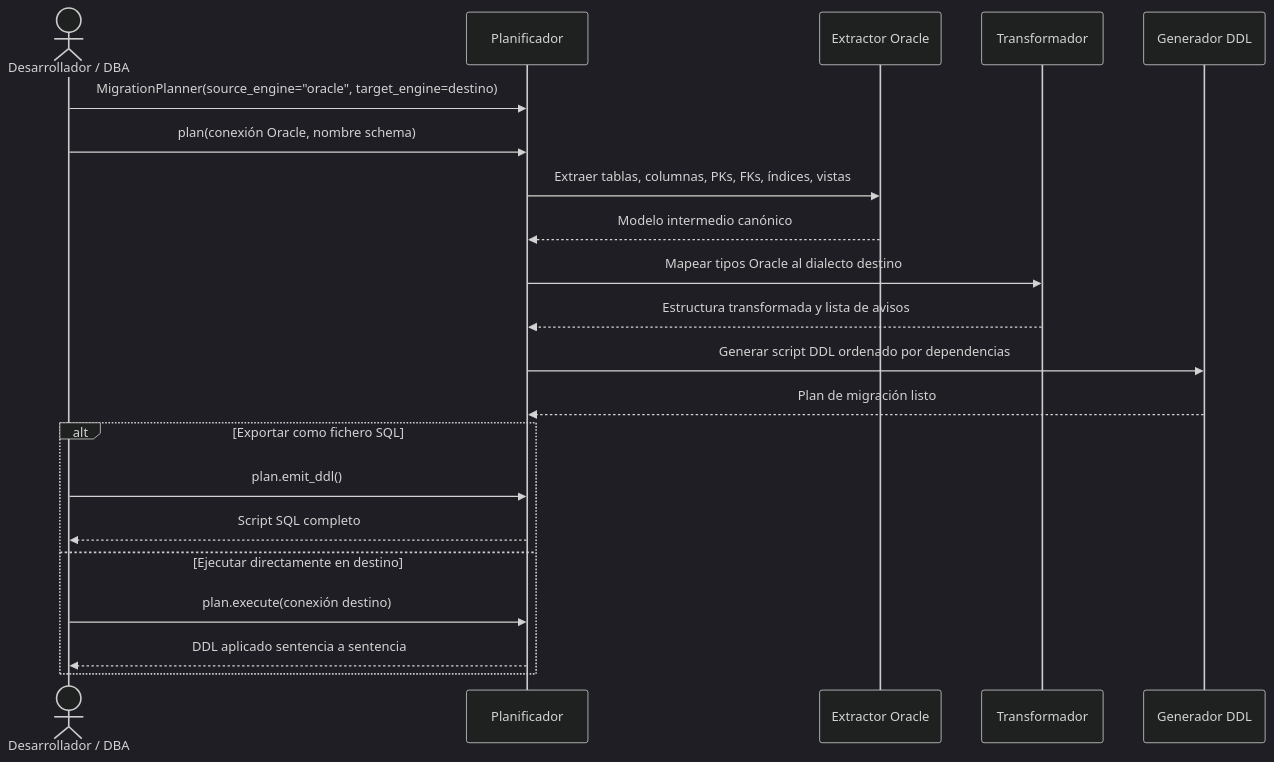
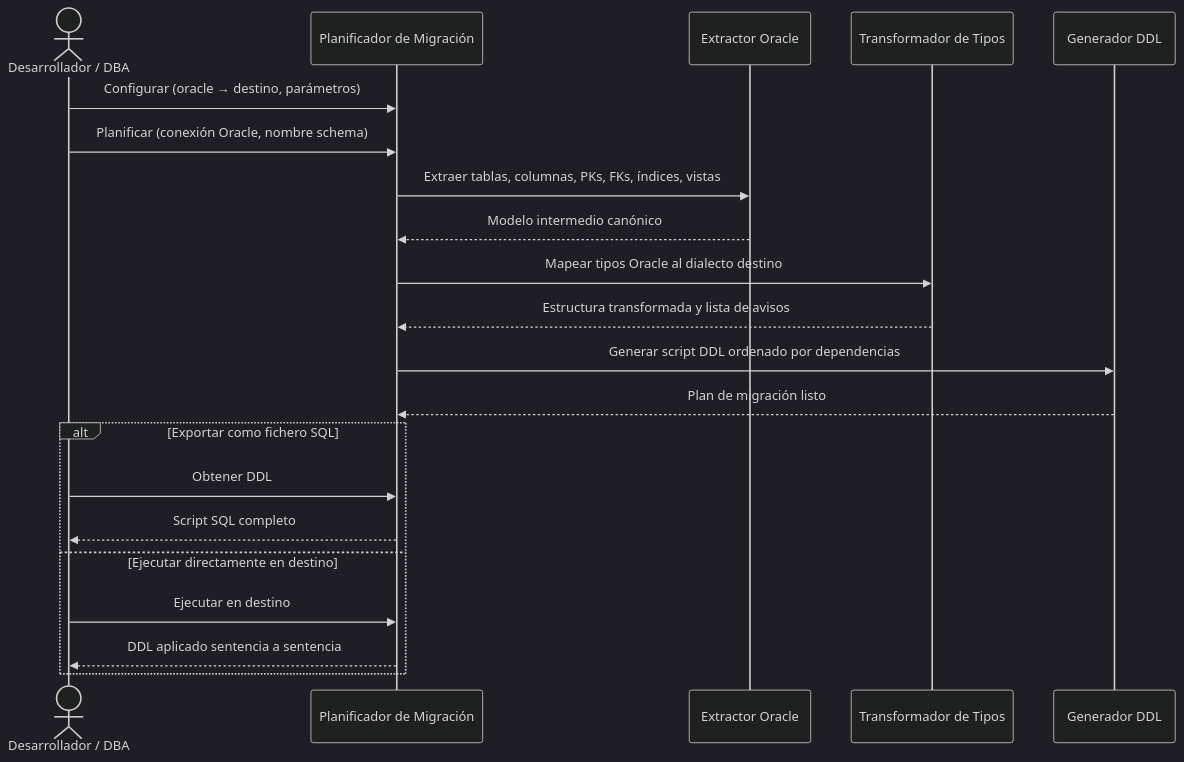
Before and after one commit to fmanza/util_bbdd: the diagram in docs/functional/migrate-oracle-mariadb.md, drawn with Mermaid (dark theme). The commit also changed other lines of this file and 117 other files, not shown here.

````diff
--- a/docs/functional/migrate-oracle-mariadb.md
+++ b/docs/functional/migrate-oracle-mariadb.md
@@ -32,25 +31,25 @@
 ```mermaid
 sequenceDiagram
     actor Dev as Desarrollador / DBA
-    participant Plan as Planificador
+    participant Plan as Planificador de Migración
     participant Ext as Extractor Oracle
-    participant Tra as Transformador
+    participant Tra as Transformador de Tipos
     participant Emi as Generador DDL
 
-    Dev->>Plan: MigrationPlanner(source_engine="oracle", target_engine=destino)
-    Dev->>Plan: plan(conexión Oracle, nombre schema)
+    Dev->>Plan: Configurar (oracle → destino, parámetros)
+    Dev->>Plan: Planificar (conexión Oracle, nombre schema)
     Plan->>Ext: Extraer tablas, columnas, PKs, FKs, índices, vistas
     Ext-->>Plan: Modelo intermedio canónico
     Plan->>Tra: Mapear tipos Oracle al dialecto destino
     Tra-->>Plan: Estructura transformada y lista de avisos
     Plan->>Emi: Generar script DDL ordenado por dependencias
     Emi-->>Plan: Plan de migración listo
 
     alt Exportar como fichero SQL
-        Dev->>Plan: plan.emit_ddl()
+        Dev->>Plan: Obtener DDL
         Plan-->>Dev: Script SQL completo
     else Ejecutar directamente en destino
-        Dev->>Plan: plan.execute(conexión destino)
+        Dev->>Plan: Ejecutar en destino
         Plan-->>Dev: DDL aplicado sentencia a sentencia
     end
 ```
````
